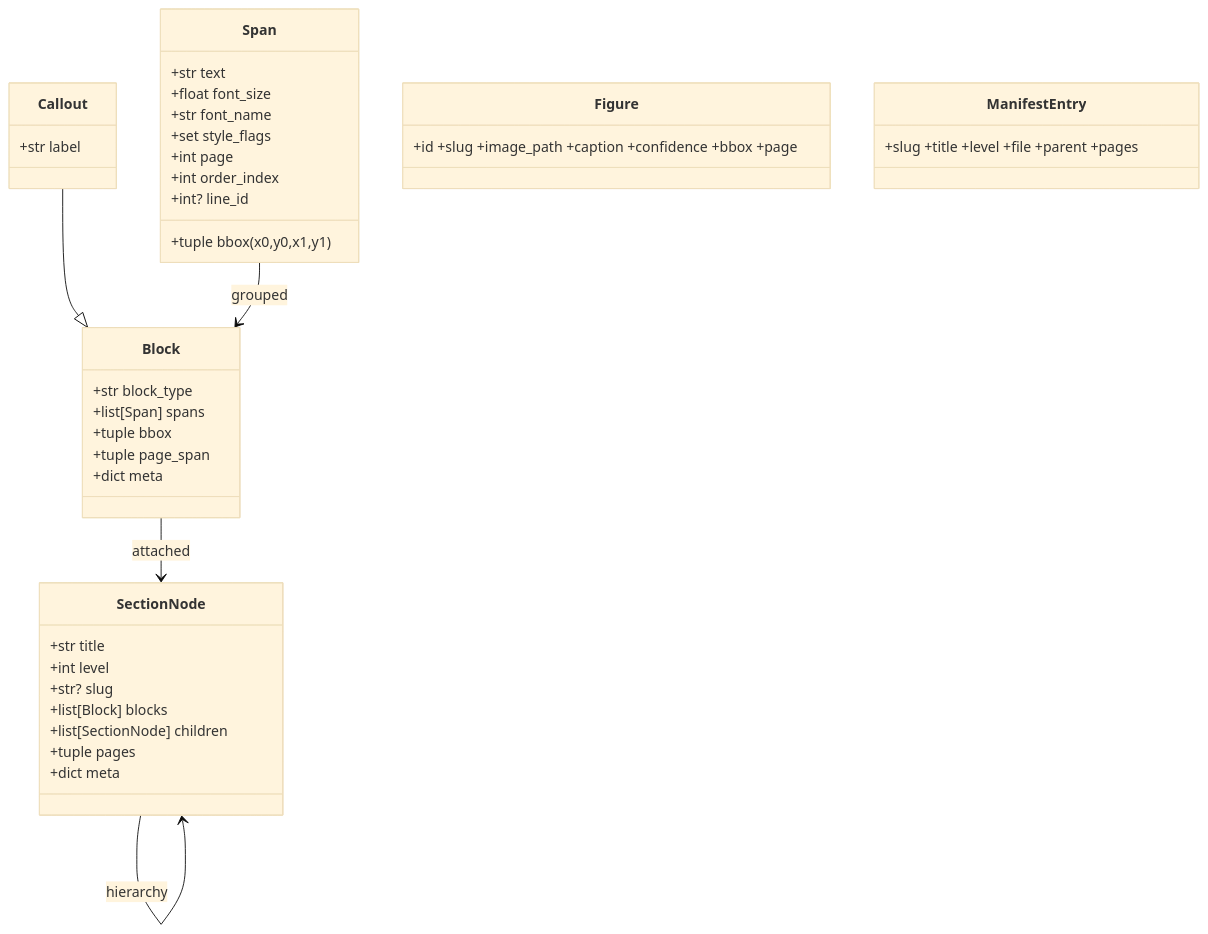
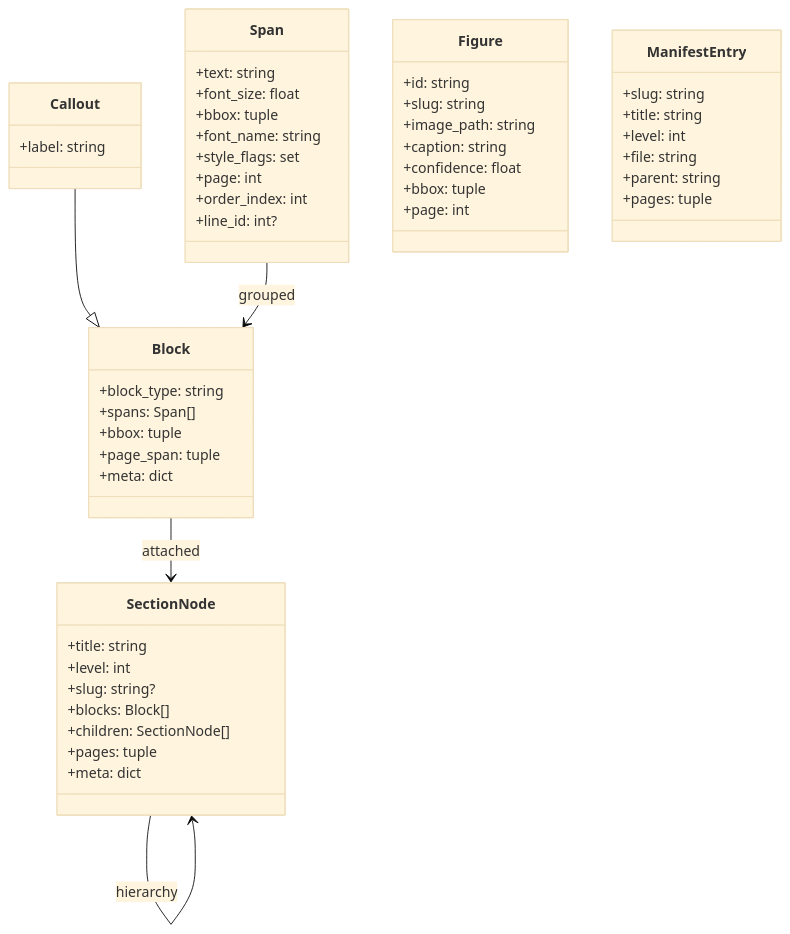
The second of 5 diagrams in doc/design.md (FBakkensen/bc-automated-tests-doc), drawn with Mermaid (base theme) before and after one commit. The commit also changed other lines of this file and 7 other files, not shown here.

````diff
--- a/doc/design.md
+++ b/doc/design.md
@@ -60,38 +75,53 @@
 ```mermaid
 classDiagram
   class Span {
-    +str text
-    +float font_size
-    +tuple bbox (x0,y0,x1,y1)
-    +str font_name
-    +set style_flags
-    +int page
-    +int order_index
-    +int? line_id
+    +text: string
+    +font_size: float
+    +bbox: tuple
+    +font_name: string
+    +style_flags: set
+    +page: int
+    +order_index: int
+    +line_id: int?
   }
   class Block {
-    +str block_type
-    +list[Span] spans
-    +tuple bbox
-    +tuple page_span
-    +dict meta
+    +block_type: string
+    +spans: Span[]
+    +bbox: tuple
+    +page_span: tuple
+    +meta: dict
   }
   class Callout {
-    +str label
+    +label: string
   }
   Callout --|> Block
   class SectionNode {
-    +str title
-    +int level
-    +str? slug
-    +list[Block] blocks
-    +list[SectionNode] children
-    +tuple pages
-    +dict meta
+    +title: string
+    +level: int
+    +slug: string?
+    +blocks: Block[]
+    +children: SectionNode[]
+    +pages: tuple
+    +meta: dict
   }
-  class Figure {+id +slug +image_path +caption +confidence +bbox +page}
-  class ManifestEntry {+slug +title +level +file +parent +pages}
+  class Figure {
+    +id: string
+    +slug: string
+    +image_path: string
+    +caption: string
+    +confidence: float
+    +bbox: tuple
+    +page: int
+  }
+  class ManifestEntry {
+    +slug: string
+    +title: string
+    +level: int
+    +file: string
+    +parent: string
+    +pages: tuple
+  }
   Span --> Block : grouped
   Block --> SectionNode : attached
   SectionNode --> SectionNode : hierarchy
 ```
````
